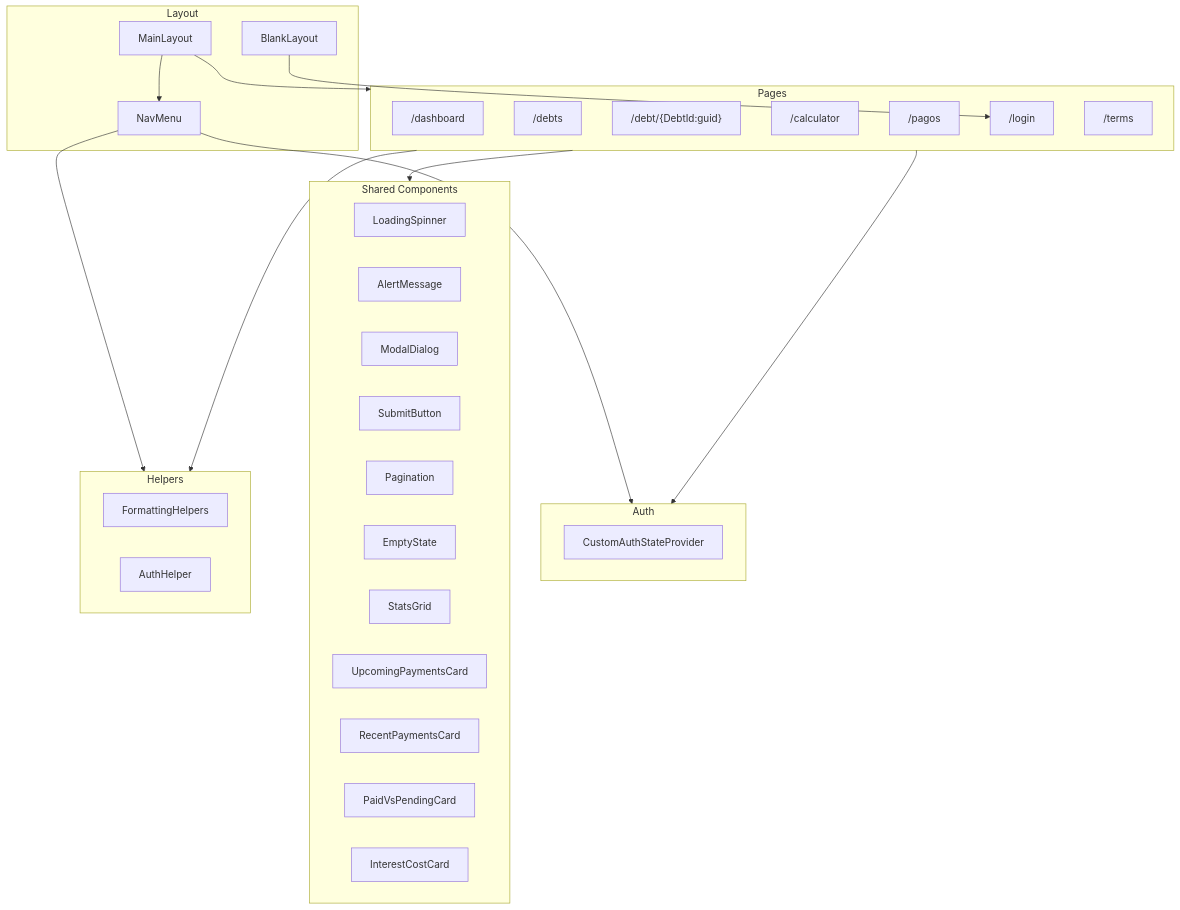
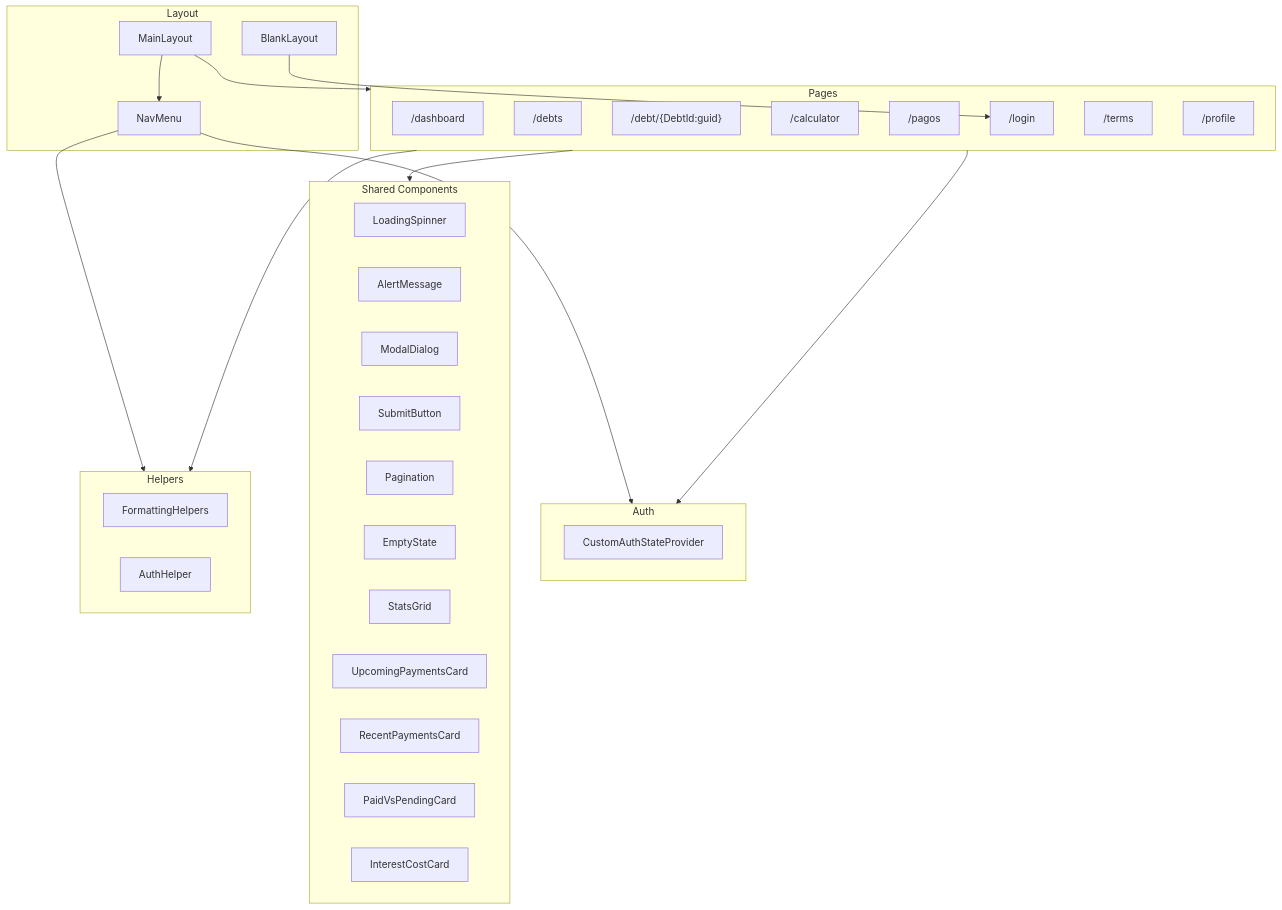
One commit to Reniato00/DebtsApp changed the second of 5 diagrams in AGENTS.md. Above: the diagram before and after it, drawn with Mermaid. The commit also changed other lines of this file and 17 other files, not shown here.

````diff
--- a/AGENTS.md
+++ b/AGENTS.md
@@ -27,50 +27,51 @@
 ```mermaid
 flowchart TD
     subgraph Pages["Pages"]
         Dashboard["/dashboard"]
         Debts["/debts"]
         DebtDetail["/debt/{DebtId:guid}"]
         Calculator["/calculator"]
         Pagos["/pagos"]
         Login["/login"]
         Terms["/terms"]
+        Profile["/profile"]
     end
 
     subgraph Layout["Layout"]
         MainLayout
         NavMenu
         BlankLayout
     end
 
     subgraph Shared["Shared Components"]
         LoadingSpinner
         AlertMessage
         ModalDialog
         SubmitButton
         Pagination
         EmptyState
         StatsGrid
         UpcomingPaymentsCard
         RecentPaymentsCard
         PaidVsPendingCard
         InterestCostCard
     end
 
     subgraph Helpers["Helpers"]
         FormattingHelpers
         AuthHelper
     end
 
     subgraph Auth["Auth"]
         CustomAuthStateProvider
     end
 
     MainLayout --> NavMenu
     MainLayout --> Pages
     BlankLayout --> Login
     Pages --> Shared
     Pages --> Helpers
     Pages --> Auth
     NavMenu --> Helpers
     NavMenu --> Auth
 ```
````
